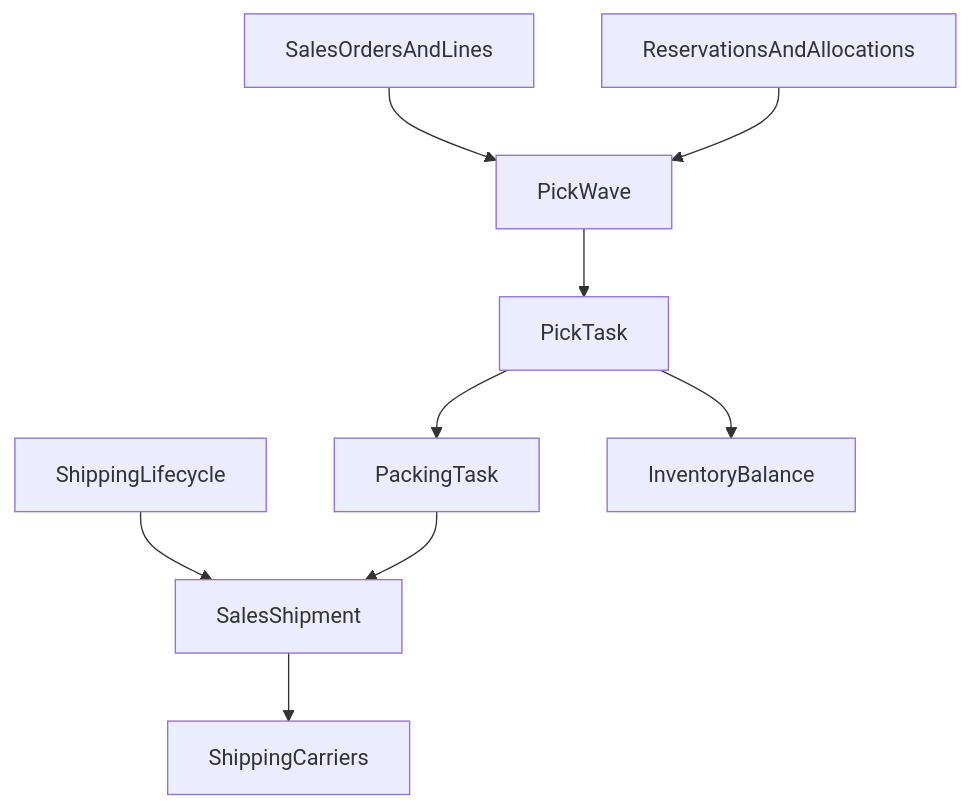
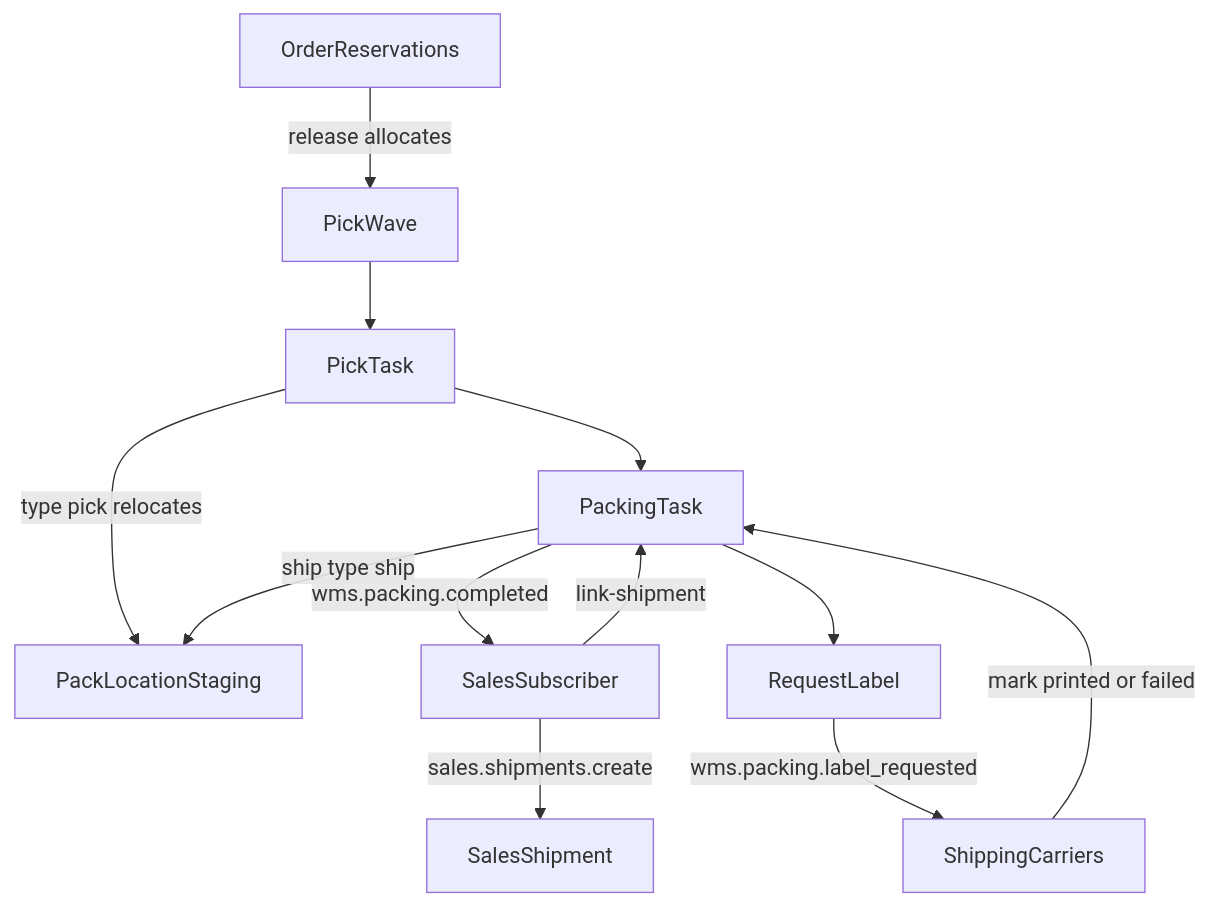
Before and after one commit to open-mercato/open-mercato: the diagram in .ai/specs/2026-04-15-wms-phase-3-picking-packing.md, drawn with Mermaid. The commit also changed other lines of this file and 2 other files, not shown here.

First line of the commit message:
docs(wms): make phase 3 picking and packing implementable (#9301)

````diff
--- a/.ai/specs/2026-04-15-wms-phase-3-picking-packing.md
+++ b/.ai/specs/2026-04-15-wms-phase-3-picking-packing.md
@@ -82,21 +129,24 @@
 ```mermaid
 flowchart TD
-    sales[SalesOrdersAndLines]
-    shipping[ShippingLifecycle]
-    reserve[ReservationsAndAllocations]
+    reservations[OrderReservations]
     wave[PickWave]
     pick[PickTask]
+    packLoc[PackLocationStaging]
     pack[PackingTask]
-    balances[InventoryBalance]
+    salesSub[SalesSubscriber]
     shipment[SalesShipment]
-    carrier[ShippingCarriers]
+    labelCmd[RequestLabel]
+    carriers[ShippingCarriers]
 
-    sales --> wave
-    reserve --> wave
+    reservations -->|release allocates| wave
     wave --> pick
-    pick --> balances
+    pick -->|type pick relocates| packLoc
     pick --> pack
-    shipping --> shipment
-    pack --> shipment
-    shipment --> carrier
+    pack -->|wms.packing.completed| salesSub
+    salesSub -->|sales.shipments.create| shipment
+    salesSub -->|link-shipment| pack
+    pack -->|ship type ship| packLoc
+    pack --> labelCmd
+    labelCmd -->|wms.packing.label_requested| carriers
+    carriers -->|mark printed or failed| pack
 ```
````
